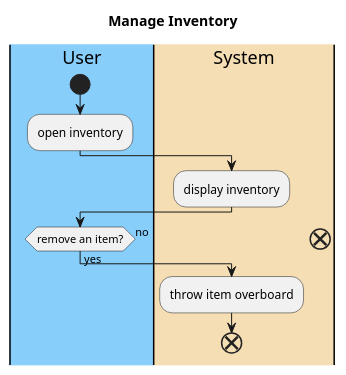
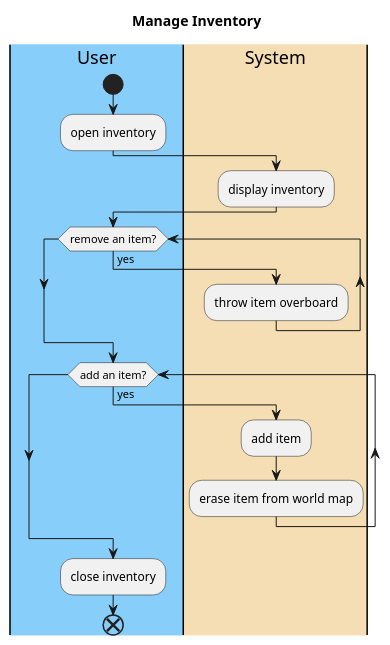
One commit to emutchek/MaraudersAtSea changed the first of 3 diagrams in CMPU_203_PirateGame/doc/use-cases/Manage_Inventory.md. Above: the diagram before and after it, drawn with PlantUML. The commit also changed other lines of this file and 2 other files, not shown here.

Commit message:
edited use cases

````diff
--- a/CMPU_203_PirateGame/doc/use-cases/Manage_Inventory.md
+++ b/CMPU_203_PirateGame/doc/use-cases/Manage_Inventory.md
@@ -34,21 +34,27 @@
 ```PlantUML
 @startuml
 title Manage Inventory
 |#LightSkyBlue|User|
 |#Wheat|System|
 
 |User|
 start
 :open inventory;
 |System|
 :display inventory;
 |User|
-if (remove an item?) then (yes)
+while (remove an item?) is (yes)
 |System|
-:throw item overboard;
+    :throw item overboard;
+endwhile
+|User|
+while (add an item?) is (yes)
+    |System|
+    :add item;
+    :erase item from world map;
+endwhile
+|User|
+:close inventory;
 end
-else (no)
-end
-
 @enduml
 ```
````
